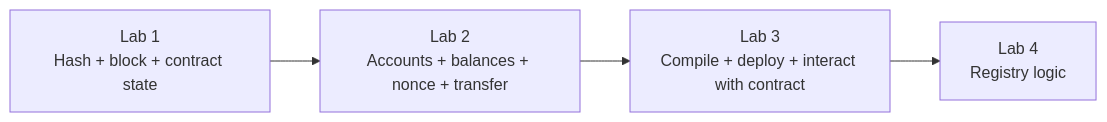
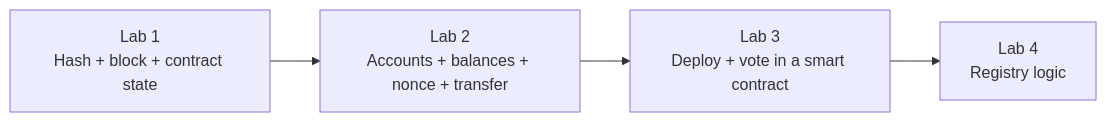
Before and after one commit to AIBabyTeaching/Blockchain-Complementary: the fifth of 5 diagrams in docs/lab2/Lab2.md, drawn with Mermaid. The commit also changed other lines of this file and 25 other files, not shown here.

````diff
--- a/docs/lab2/Lab2.md
+++ b/docs/lab2/Lab2.md
@@ -547,9 +547,9 @@
 ```mermaid
 flowchart LR
     L1["Lab 1<br/>Hash + block + contract state"]
     L2["Lab 2<br/>Accounts + balances + nonce + transfer"]
-    L3["Lab 3<br/>Compile + deploy + interact with contract"]
+    L3["Lab 3<br/>Deploy + vote in a smart contract"]
     L4["Lab 4<br/>Registry logic"]
 
     L1 --> L2 --> L3 --> L4
 ```
````
